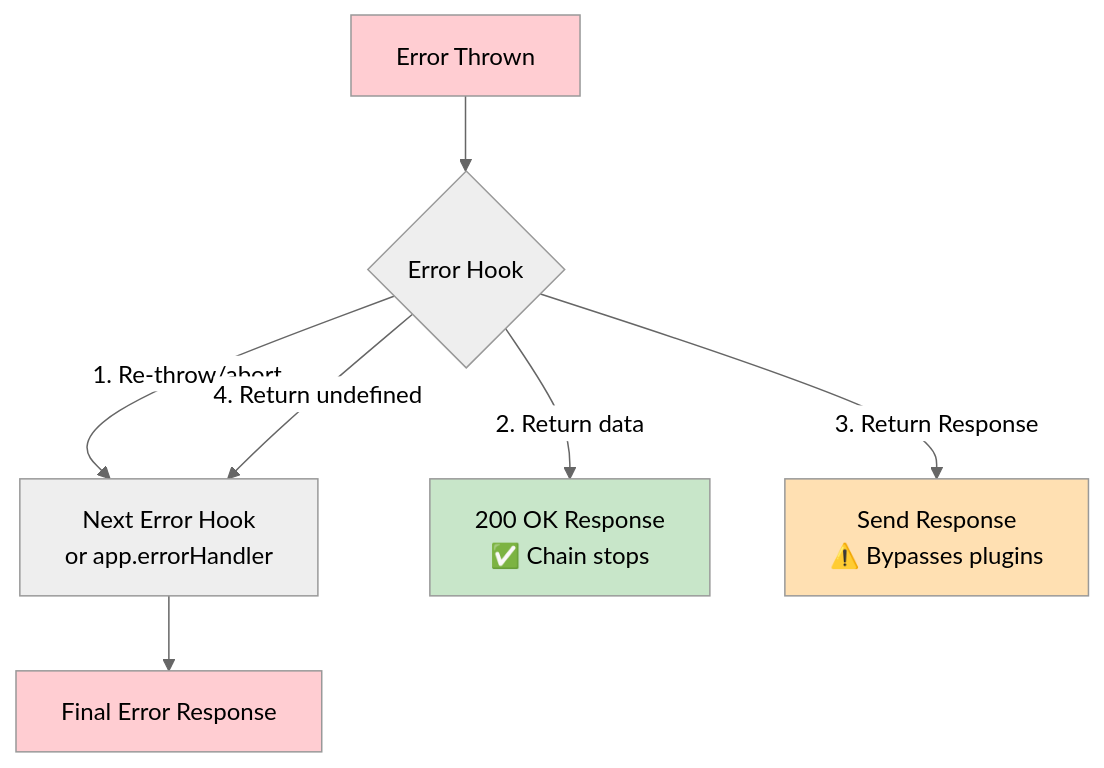
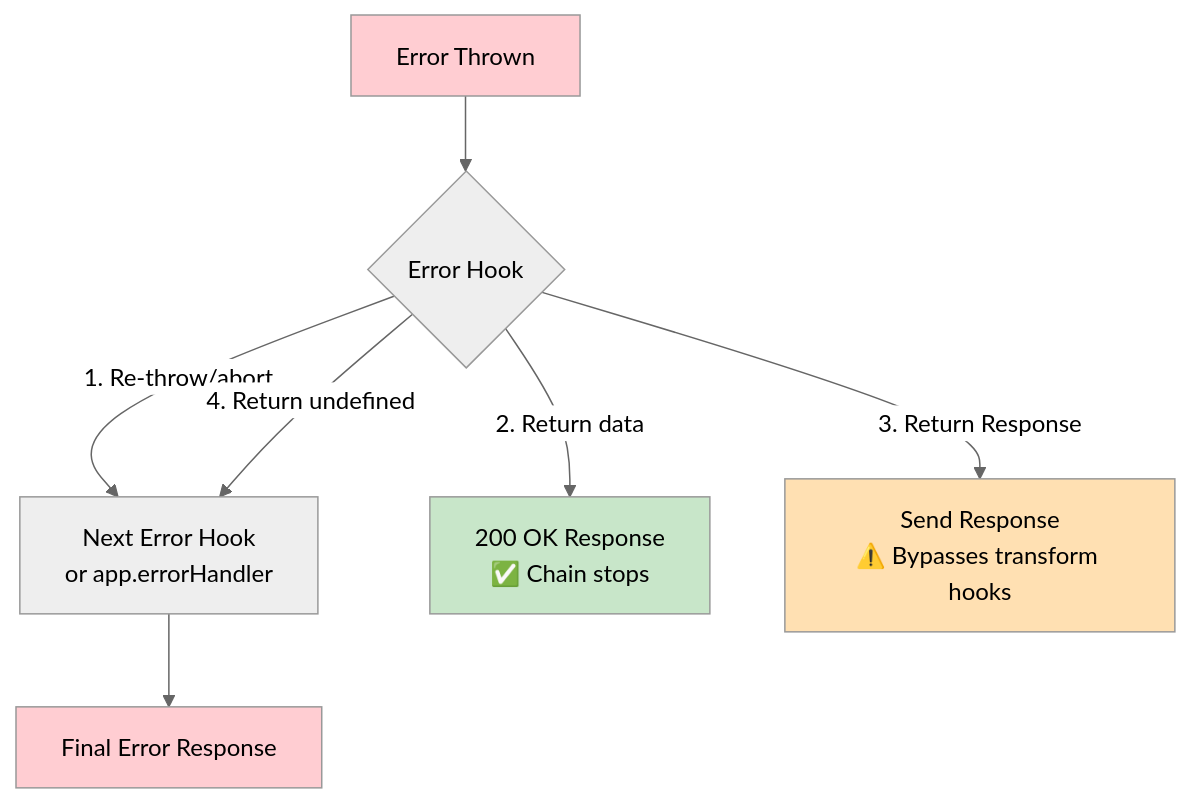
One commit to minima-js/minimajs changed the diagram in docs/guides/diagrams/error-hook-outcomes.md. Above: the diagram before and after it, drawn with Mermaid (neutral theme). The commit also changed 9 other files, not shown here.

````diff
--- a/docs/guides/diagrams/error-hook-outcomes.md
+++ b/docs/guides/diagrams/error-hook-outcomes.md
@@ -1,16 +1,16 @@
 ```mermaid
 graph TB
     Start[Error Thrown] --> Hook{Error Hook}
 
     Hook -->|1. Re-throw/abort| NextHook[Next Error Hook<br/>or app.errorHandler]
     Hook -->|2. Return data| Success[200 OK Response<br/>✅ Chain stops]
-    Hook -->|3. Return Response| Direct[Send Response<br/>⚠️ Bypasses plugins]
+    Hook -->|3. Return Response| Direct[Send Response<br/>⚠️ Bypasses transform hooks]
     Hook -->|4. Return undefined| NextHook
 
     NextHook --> Final[Final Error Response]
 
     style Start fill:#ffcdd2
     style Success fill:#c8e6c9
     style Direct fill:#ffe0b2
     style Final fill:#ffcdd2
 ```
````
